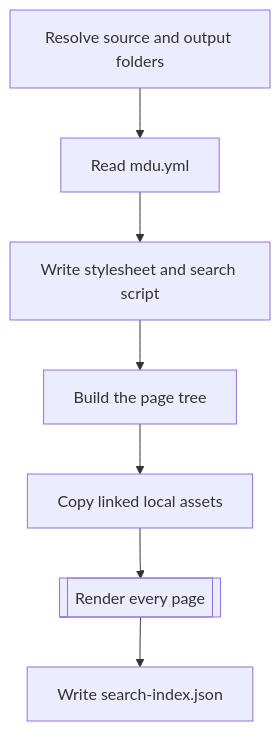
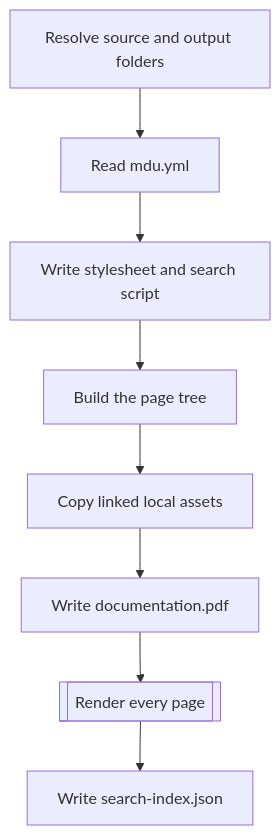
One commit to capjan/markdown-util changed the first of 2 diagrams in Docs/Architecture/Pipeline.md. Above: the diagram before and after it, drawn with Mermaid. The commit also changed other lines of this file and 14 other files, not shown here.

Commit message:
feat(render): include documentation PDF with rendered sites

````diff
--- a/Docs/Architecture/Pipeline.md
+++ b/Docs/Architecture/Pipeline.md
@@ -49,13 +49,14 @@
 ```mermaid
 flowchart TD
     accTitle: Steps of mdu render
     Paths[Resolve source and output folders] --> Config[Read mdu.yml]
     Config --> Prepare[Write stylesheet and search script]
     Prepare --> Tree[Build the page tree]
     Tree --> Assets[Copy linked local assets]
-    Assets --> Pages[[Render every page]]
+    Assets --> Pdf[Write documentation.pdf]
+    Pdf --> Pages[[Render every page]]
     Pages --> Index[Write search-index.json]
     click Config href "../Usage/render.md#site-configuration"
     click Tree href "#page-tree"
     click Pages href "Rendering.md"
 ```
````
